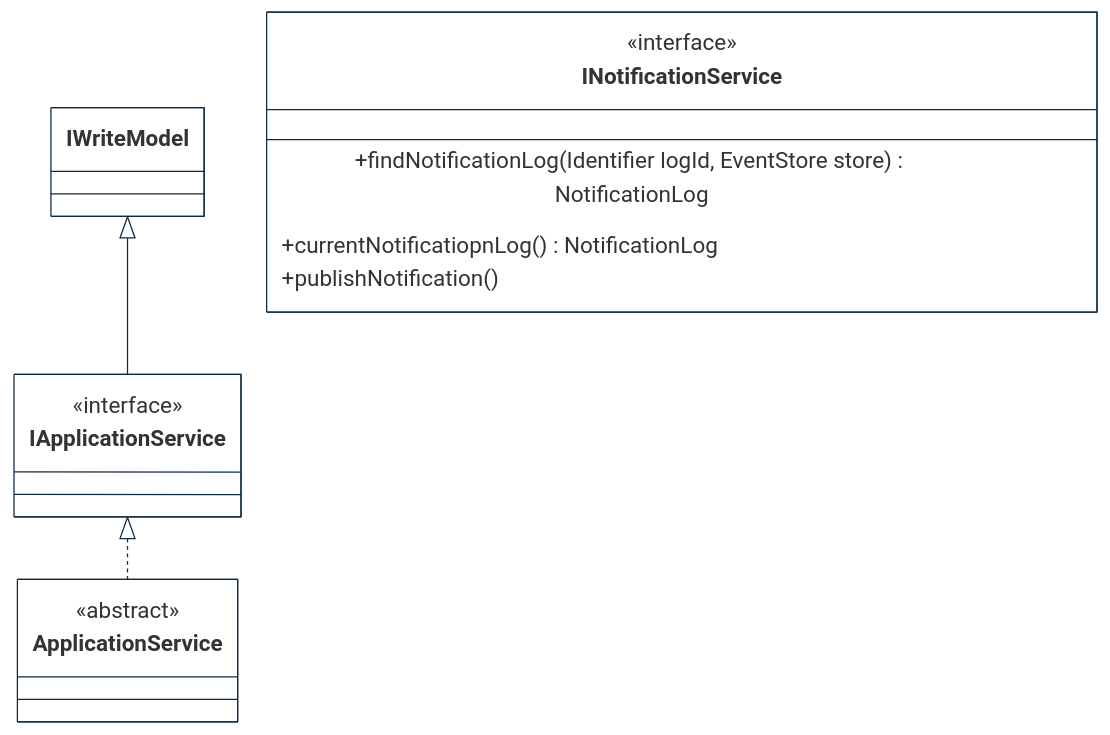
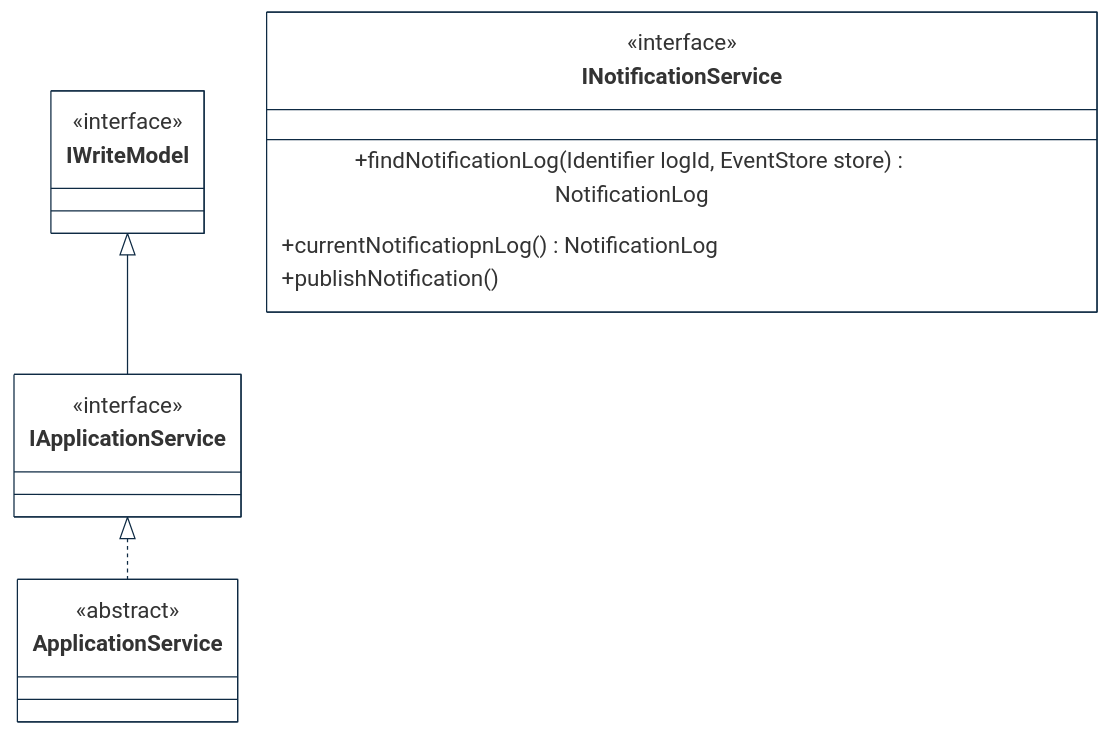
Before and after one commit to cybnity/foundation: the fifth of 6 diagrams in implementations-line/framework/domain/designview-packages.md, drawn with Mermaid. The commit also changed other lines of this file, not shown here.

````diff
--- a/implementations-line/framework/domain/designview-packages.md
+++ b/implementations-line/framework/domain/designview-packages.md
@@ -240,36 +255,39 @@
 ```mermaid
 %%{
   init: {
     'theme': 'base',
     'themeVariables': {
         'background': '#ffffff',
         'fontFamily': 'arial',
         'fontSize': '18px',
         'primaryColor': '#fff',
         'primaryBorderColor': '#0e2a43',
         'secondaryBorderColor': '#0e2a43',
         'tertiaryBorderColor': '#0e2a43',
         'edgeLabelBackground':'#0e2a43',
         'lineColor': '#0e2a43',
         'tertiaryColor': '#fff'
     }
   }
 }%%
 classDiagram
     IWriteModel <|-- IApplicationService
     IApplicationService <|.. ApplicationService
     
+    class IWriteModel {
+        <<interface>>
+    }
     class IApplicationService {
         <<interface>>
     }
     class ApplicationService {
         <<abstract>>
     }
     class INotificationService {
         <<interface>>
         +findNotificationLog(Identifier logId, EventStore store) NotificationLog
         +currentNotificatiopnLog() NotificationLog
         +publishNotification()
     }
 
 ```
````
